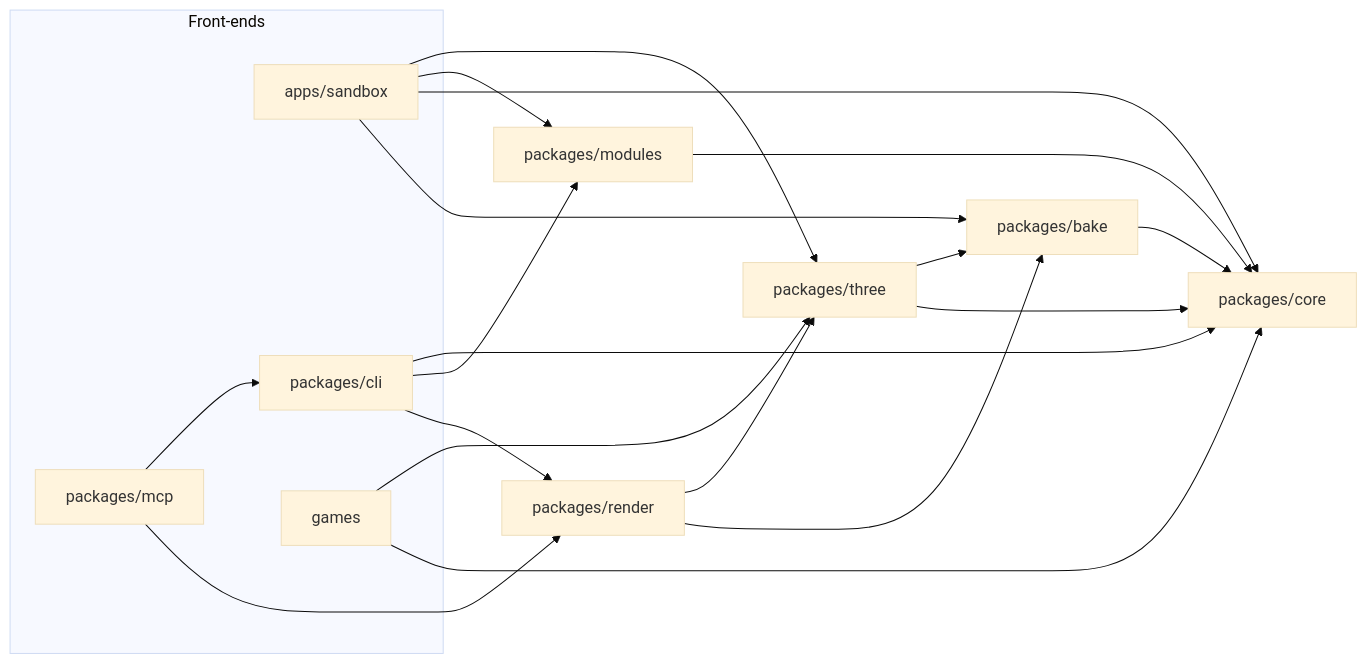
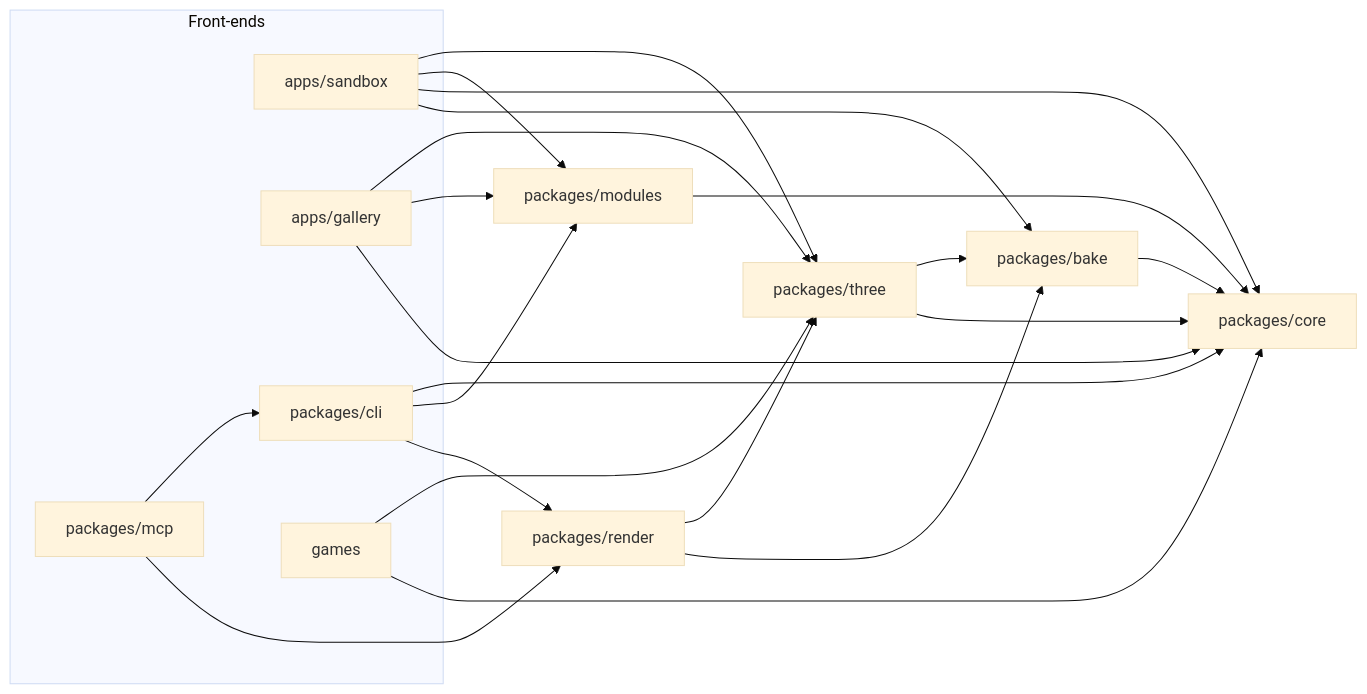
One commit to michaelcrosato/Spawnforge changed the diagram in docs/architecture.md. Above: the diagram before and after it, drawn with Mermaid (base theme). The commit also changed other lines of this file and 265 other files, not shown here.

````diff
--- a/docs/architecture.md
+++ b/docs/architecture.md
@@ -9,31 +9,35 @@
 ```mermaid
 flowchart LR
   subgraph frontends[Front-ends]
     sandbox[apps/sandbox]
+    gallery[apps/gallery]
     mcp[packages/mcp]
     cli[packages/cli]
     games[games]
   end
   modules[packages/modules]
   three[packages/three]
   bake[packages/bake]
   core[packages/core]
 
   mcp --> cli
   cli --> core
   cli --> modules
   render[packages/render] --> three
   render --> bake
   cli --> render
   mcp --> render
   sandbox --> three
   sandbox --> modules
   sandbox --> core
   sandbox --> bake
+  gallery --> three
+  gallery --> modules
+  gallery --> core
   three --> bake
   bake --> core
   games --> three
   games --> core
   three --> core
   modules --> core
 ```
````
